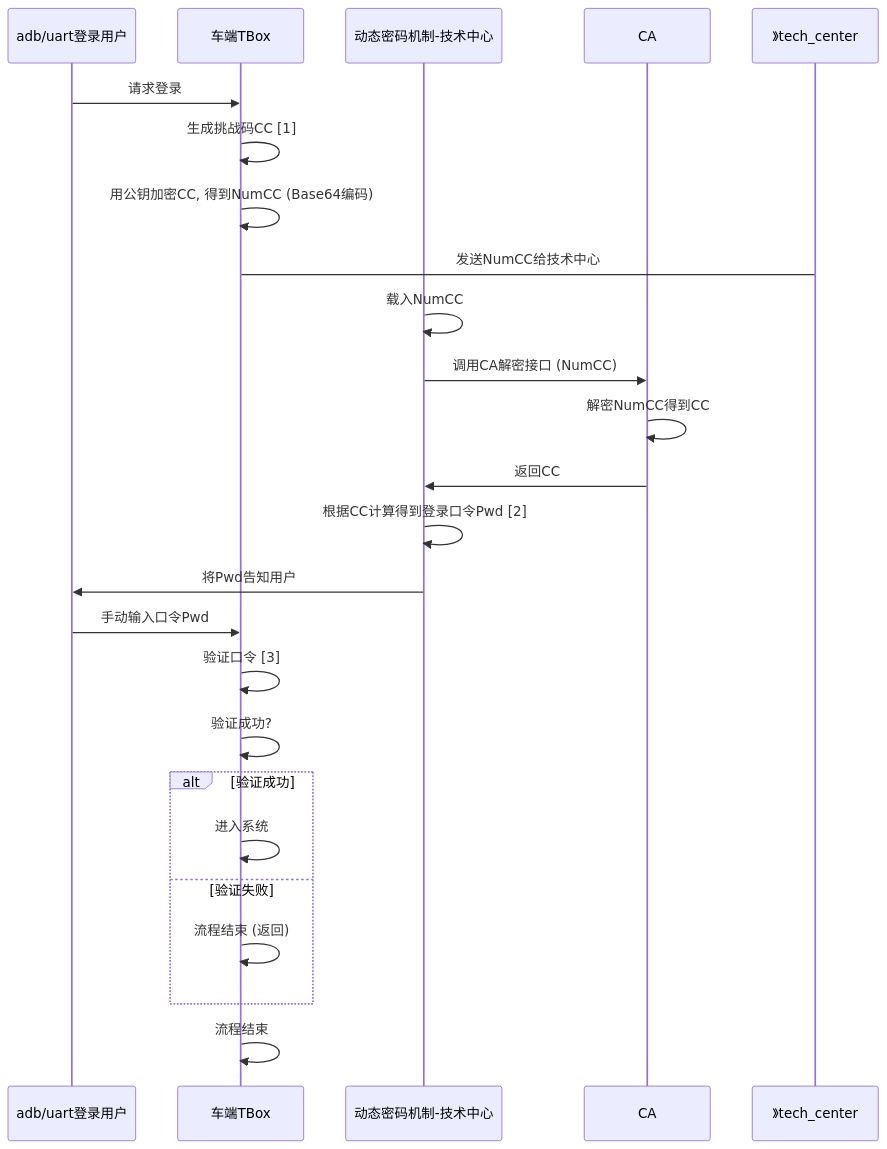
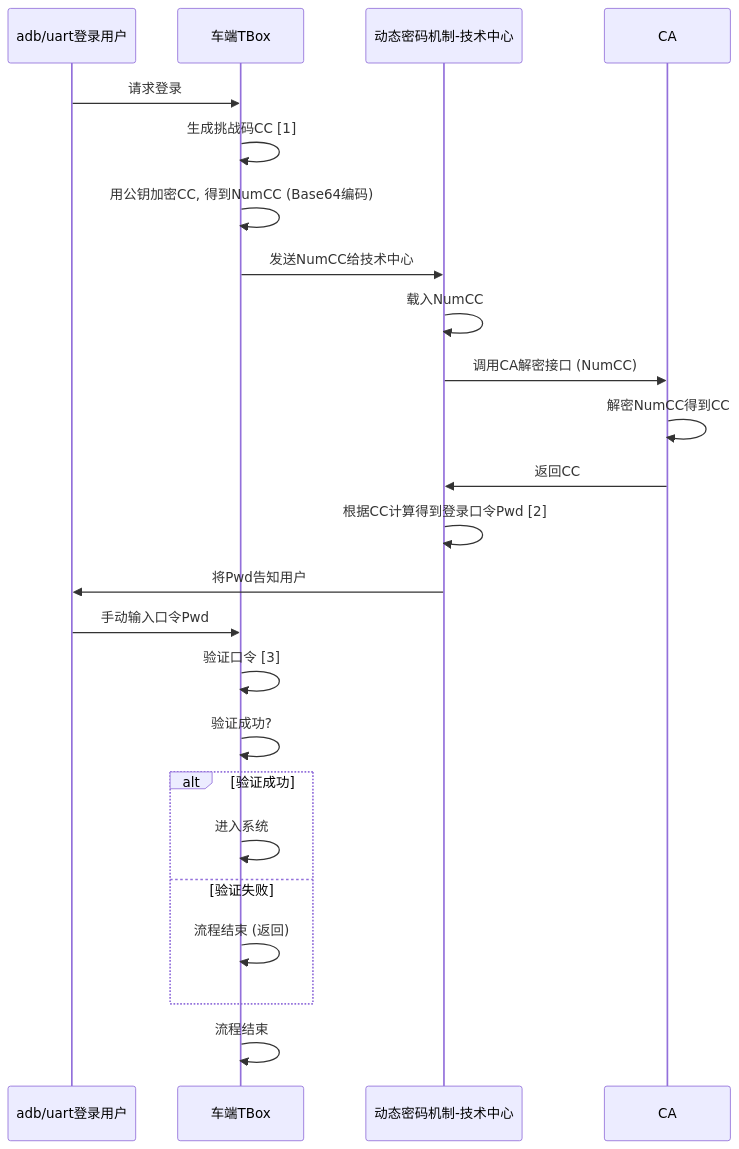
The diagram in all/未命名-13.md (facebook-cloud/iodraw-files), drawn with Mermaid before and after one commit.

Commit message:
2026-01-26 18:14:26 update

````diff
--- a/all/未命名-13.md
+++ b/all/未命名-13.md
@@ -1,28 +1,29 @@
 ```mermaid
 sequenceDiagram
+    
     participant user as adb/uart登录用户
     participant tbox as 车端TBox
     participant tech_center as 动态密码机制-技术中心
     participant ca as CA
 
     user->>tbox: 请求登录
     tbox->>tbox: 生成挑战码CC [1]
     tbox->>tbox: 用公钥加密CC, 得到NumCC (Base64编码)
-    tbox->》tech_center: 发送NumCC给技术中心
+    tbox->>tech_center: 发送NumCC给技术中心
     tech_center->>tech_center: 载入NumCC
     tech_center->>ca: 调用CA解密接口 (NumCC)
     ca->>ca: 解密NumCC得到CC
     ca->>tech_center: 返回CC
     tech_center->>tech_center: 根据CC计算得到登录口令Pwd [2]
     tech_center->>user: 将Pwd告知用户
     user->>tbox: 手动输入口令Pwd
     tbox->>tbox: 验证口令 [3]
     tbox->>tbox: 验证成功?
     alt 验证成功
         tbox->>tbox: 进入系统
     else 验证失败
         tbox->>tbox: 流程结束 (返回)
     end
     tbox->>tbox: 流程结束
 
 ```
````
